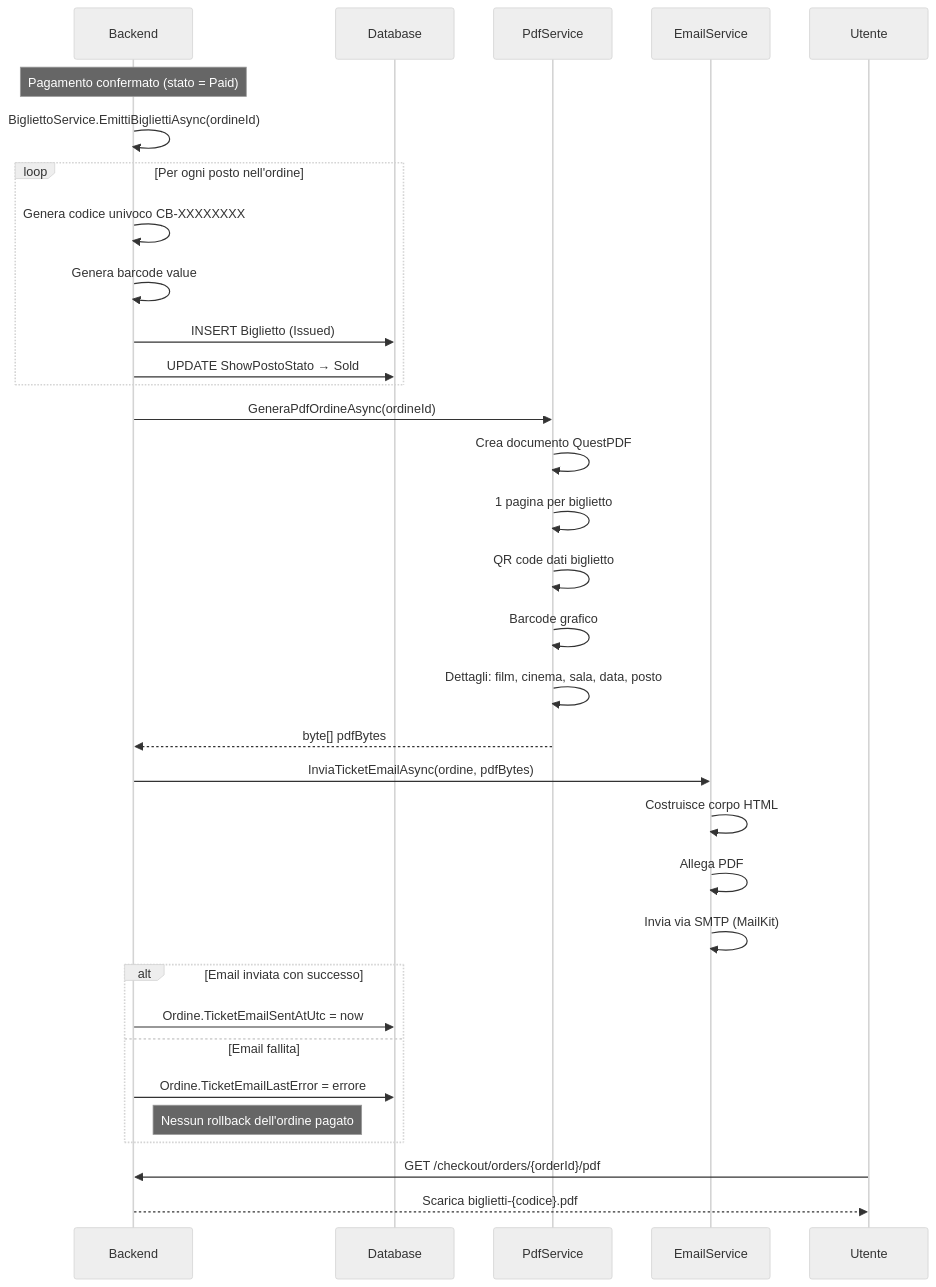
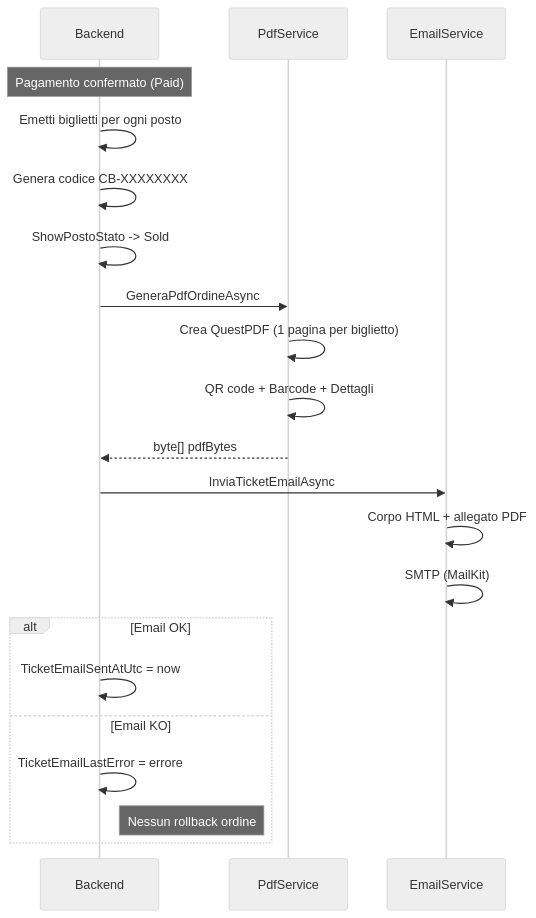
The second of 3 diagrams in film-app-dev_iteration_4/presentazione/07-ticketing.md (RizzoThomas/esercizioopencodefilm), drawn with Mermaid (neutral theme) before and after one commit. The commit also changed other lines of this file and 16 other files, not shown here.

````diff
--- a/film-app-dev_iteration_4/presentazione/07-ticketing.md
+++ b/film-app-dev_iteration_4/presentazione/07-ticketing.md
@@ -32,42 +32,28 @@
 ```mermaid
 sequenceDiagram
-    participant B as Backend
-    participant DB as Database
+    participant API as Backend
     participant PDF as PdfService
     participant EM as EmailService
-    participant U as Utente
 
-    Note over B: Pagamento confermato (stato = Paid)
+    Note over API: Pagamento confermato (Paid)
     
-    B->>B: BigliettoService.EmittiBigliettiAsync(ordineId)
-    
-    loop Per ogni posto nell'ordine
-        B->>B: Genera codice univoco CB-XXXXXXXX
-        B->>B: Genera barcode value
-        B->>DB: INSERT Biglietto (Issued)
-        B->>DB: UPDATE ShowPostoStato → Sold
-    end
+    API->>API: Emetti biglietti per ogni posto
+    API->>API: Genera codice CB-XXXXXXXX
+    API->>API: ShowPostoStato -> Sold
 
-    B->>PDF: GeneraPdfOrdineAsync(ordineId)
-    PDF->>PDF: Crea documento QuestPDF
-    PDF->>PDF: 1 pagina per biglietto
-    PDF->>PDF: QR code dati biglietto
-    PDF->>PDF: Barcode grafico
-    PDF->>PDF: Dettagli: film, cinema, sala, data, posto
-    PDF-->>B: byte[] pdfBytes
+    API->>PDF: GeneraPdfOrdineAsync
+    PDF->>PDF: Crea QuestPDF (1 pagina per biglietto)
+    PDF->>PDF: QR code + Barcode + Dettagli
+    PDF-->>API: byte[] pdfBytes
 
-    B->>EM: InviaTicketEmailAsync(ordine, pdfBytes)
-    EM->>EM: Costruisce corpo HTML
-    EM->>EM: Allega PDF
-    EM->>EM: Invia via SMTP (MailKit)
+    API->>EM: InviaTicketEmailAsync
+    EM->>EM: Corpo HTML + allegato PDF
+    EM->>EM: SMTP (MailKit)
 
-    Alt Email inviata con successo
-        B->>DB: Ordine.TicketEmailSentAtUtc = now
-    Else Email fallita
-        B->>DB: Ordine.TicketEmailLastError = errore
-        Note right of B: Nessun rollback dell'ordine pagato
+    Alt Email OK
+        API->>API: TicketEmailSentAtUtc = now
+    Else Email KO
+        API->>API: TicketEmailLastError = errore
+        Note right of API: Nessun rollback ordine
     End
-
-    U->>B: GET /checkout/orders/{orderId}/pdf
-    B-->>U: Scarica biglietti-{codice}.pdf
 ```
````
